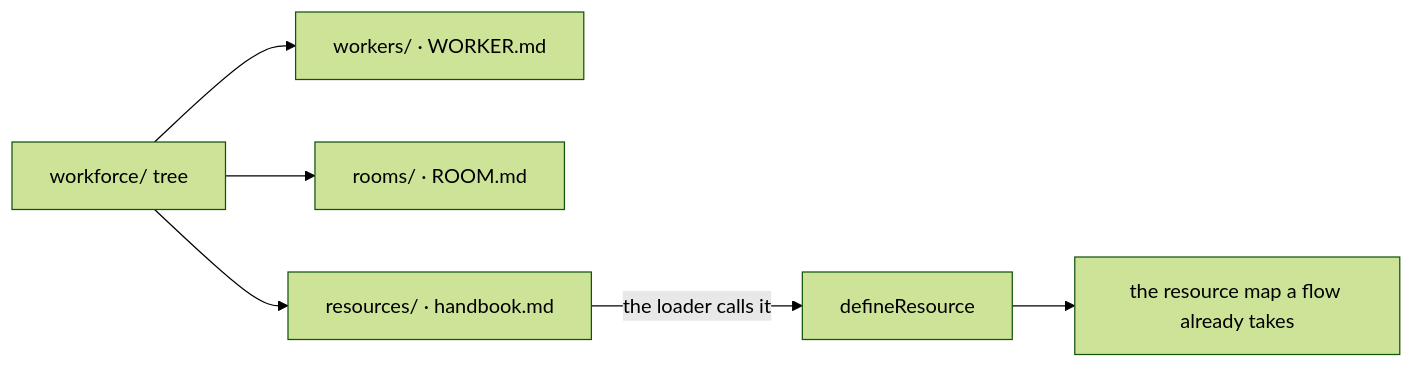
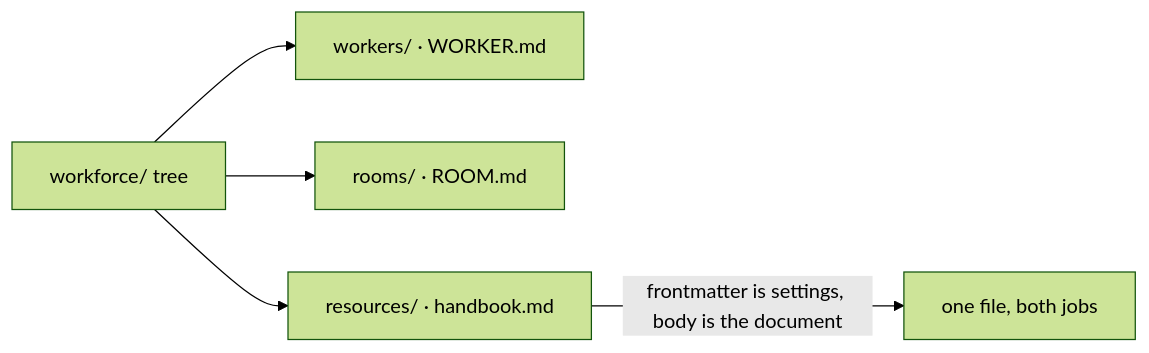
The second of 3 diagrams in spec/FIX-1354.explainer.md (fixpoint-labs/flow-state-dev), drawn with Mermaid (forest theme) before and after one commit. The commit also changed other lines of this file, not shown here.

````diff
--- a/spec/FIX-1354.explainer.md
+++ b/spec/FIX-1354.explainer.md
@@ -25,8 +25,7 @@
 ```mermaid
 flowchart LR
   TREE["workforce/ tree"] --> W["workers/ · WORKER.md"]
   TREE --> R["rooms/ · ROOM.md"]
   TREE --> RES["resources/ · handbook.md"]
-  RES -->|"the loader calls it"| CODE["defineResource"]
-  CODE --> DISK["the resource map a flow already takes"]
+  RES -->|"frontmatter is settings, body is the document"| DISK["one file, both jobs"]
 ```
````
